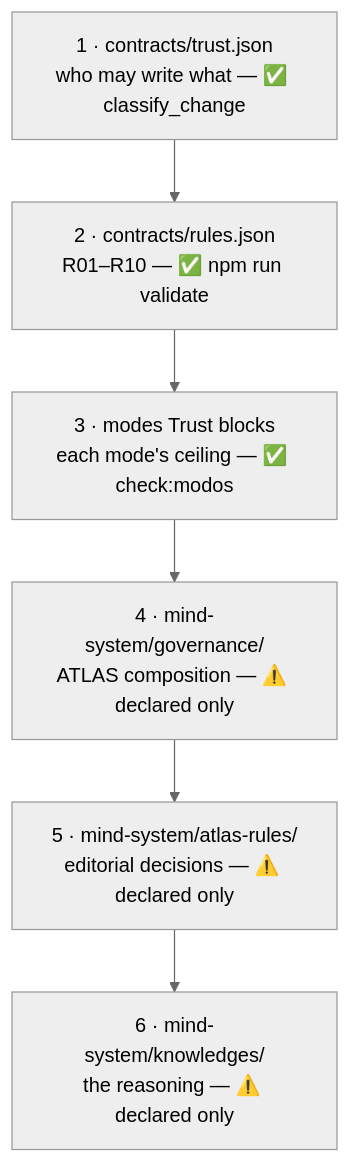
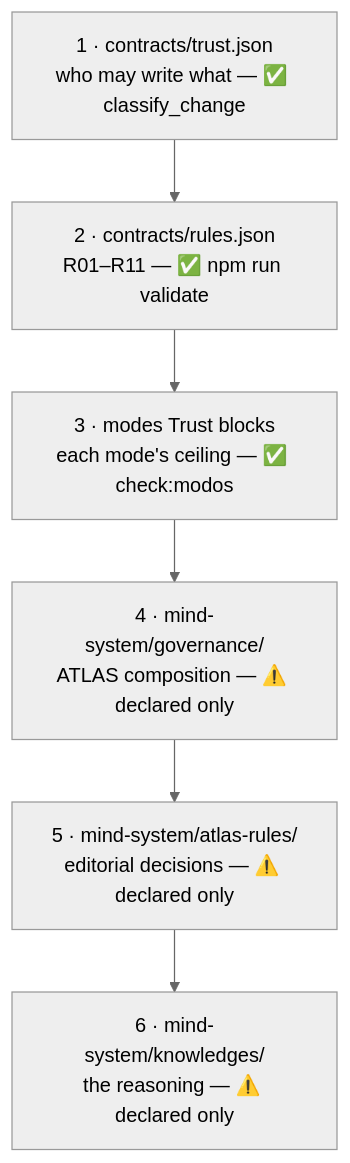
One commit to Pizarradas/syx changed the second of 6 diagrams in _agents/architecture.md. Above: the diagram before and after it, drawn with Mermaid (neutral theme). The commit also changed other lines of this file and 27 other files, not shown here.

````diff
--- a/_agents/architecture.md
+++ b/_agents/architecture.md
@@ -83,10 +83,10 @@
 ```mermaid
 flowchart TB
     R1["1 · contracts/trust.json<br/>who may write what — ✅ classify_change"]
-    R2["2 · contracts/rules.json<br/>R01–R10 — ✅ npm run validate"]
+    R2["2 · contracts/rules.json<br/>R01–R11 — ✅ npm run validate"]
     R3["3 · modes Trust blocks<br/>each mode's ceiling — ✅ check:modos"]
     R4["4 · mind-system/governance/<br/>ATLAS composition — ⚠️ declared only"]
     R5["5 · mind-system/atlas-rules/<br/>editorial decisions — ⚠️ declared only"]
     R6["6 · mind-system/knowledges/<br/>the reasoning — ⚠️ declared only"]
     R1 --> R2 --> R3 --> R4 --> R5 --> R6
 ```
````
